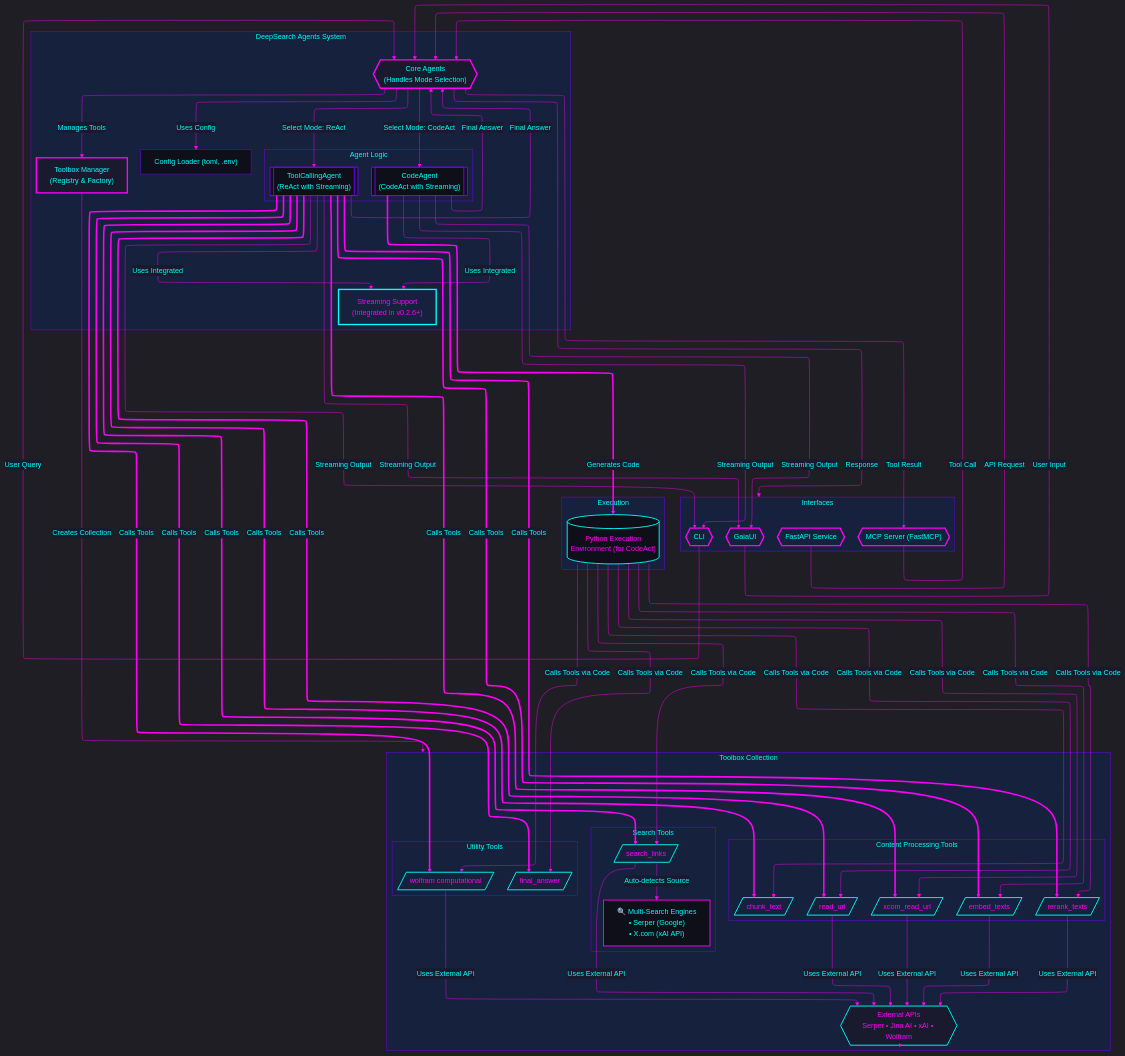
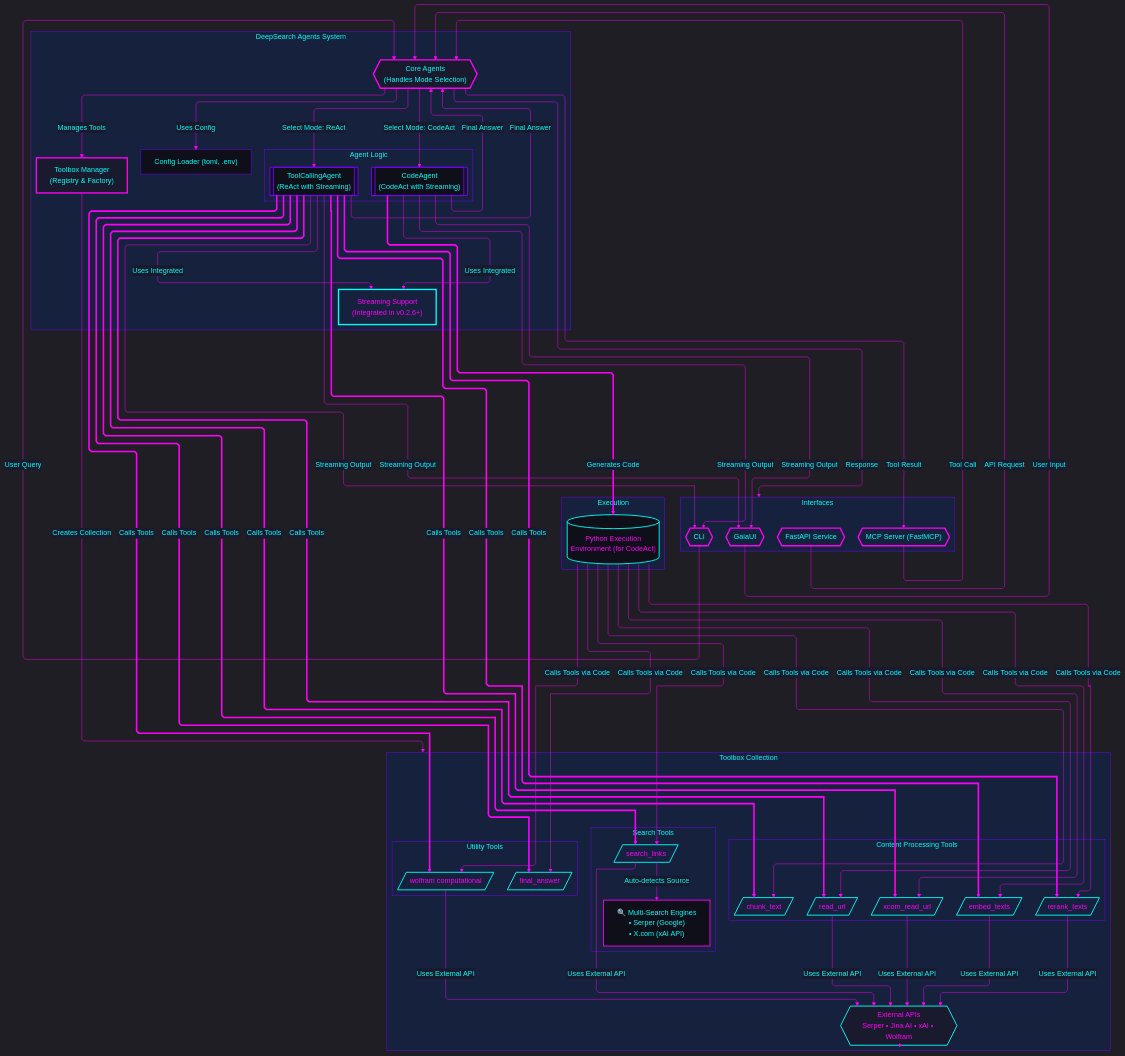
Before and after one commit to lwyBZss8924d/DeepSearchAgents: the diagram in README.md, drawn with Mermaid. The commit also changed other lines of this file and 1 other file, not shown here.

Commit message:
fix: force straight line connections in mermaid diagrams by adding curve: linear config - Add flowchart.curve: linear to mermaid config in both README versions - Ensures GitHub renders connections as straight lines instead of curves - Maintains visual consistency across different mermaid renderers

```diff
--- a/README.md
+++ b/README.md
@@ -299,6 +299,8 @@
     edgeLabelBackground: '#1a1a2e'
     textColor: '#00fff9'
   layout: elk
+  flowchart:
+    curve: linear
 ---
 flowchart TB
     subgraph Interfaces["Interfaces"]
```
